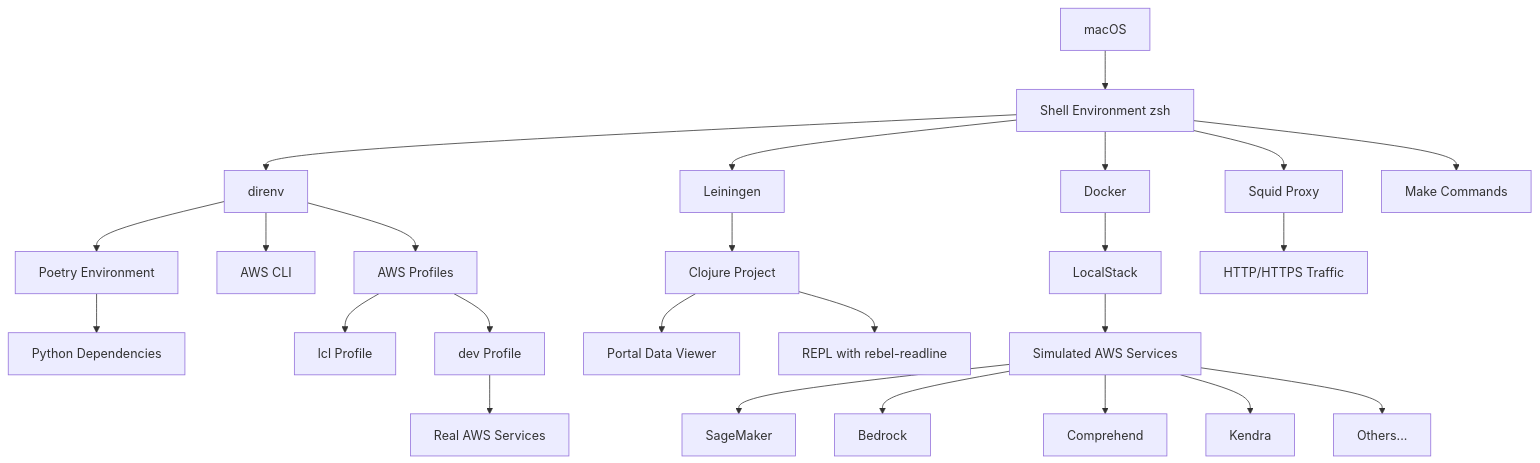
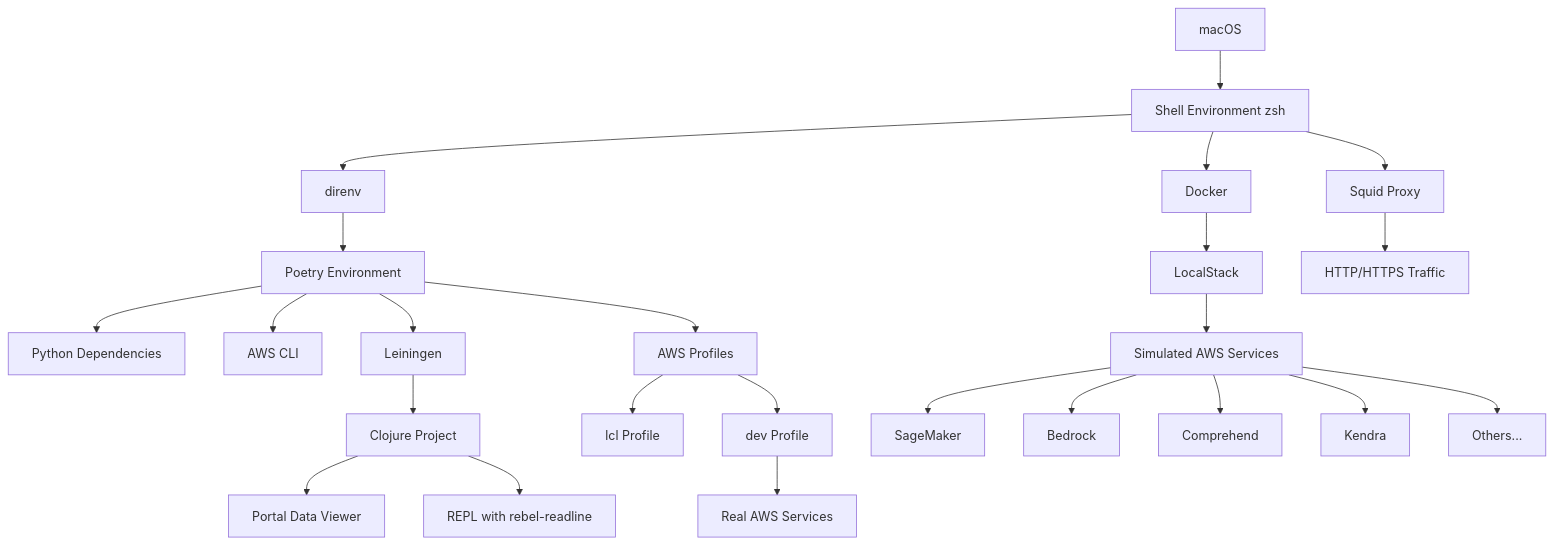
The second of 2 diagrams in README.org (jwalsh/aif-c01), drawn with Mermaid before and after one commit.

Commit message:
Wrap most of the environment under Poetry

```diff
--- a/README.org
+++ b/README.org
@@ -51,27 +51,27 @@
 #+BEGIN_SRC mermaid :file project_architecture.png
 graph TD
     A[macOS] --> B[Shell Environment zsh]
     B --> C[direnv]
     C --> D[Poetry Environment]
-    C --> E[AWS CLI]
-    D --> F[Python Dependencies]
-    B --> G[Leiningen]
+    D --> E[Python Dependencies]
+    D --> F[AWS CLI]
+    D --> G[Leiningen]
     G --> H[Clojure Project]
     H --> I[Portal Data Viewer]
     H --> J[REPL with rebel-readline]
     B --> K[Docker]
     K --> L[LocalStack]
     L --> M[Simulated AWS Services]
     M --> M1[SageMaker]
     M --> M2[Bedrock]
     M --> M3[Comprehend]
     M --> M4[Kendra]
     M --> M5[Others...]
     B --> N[Squid Proxy]
     N --> O[HTTP/HTTPS Traffic]
-    B --> P[Make Commands]
-    C --> Q[AWS Profiles]
+    D --> Q[AWS Profiles]
     Q --> Q1[lcl Profile]
     Q --> Q2[dev Profile]
     Q2 --> R[Real AWS Services]
+
 #+END_SRC
```
